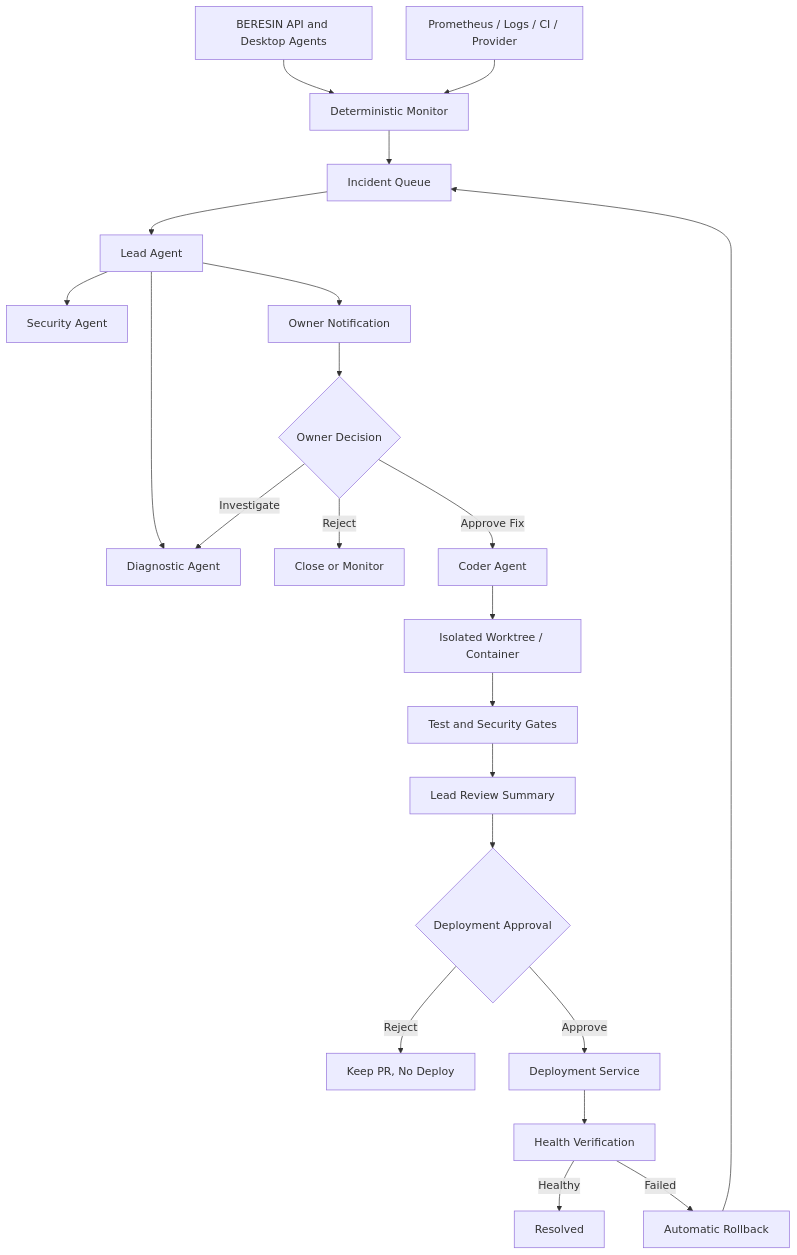
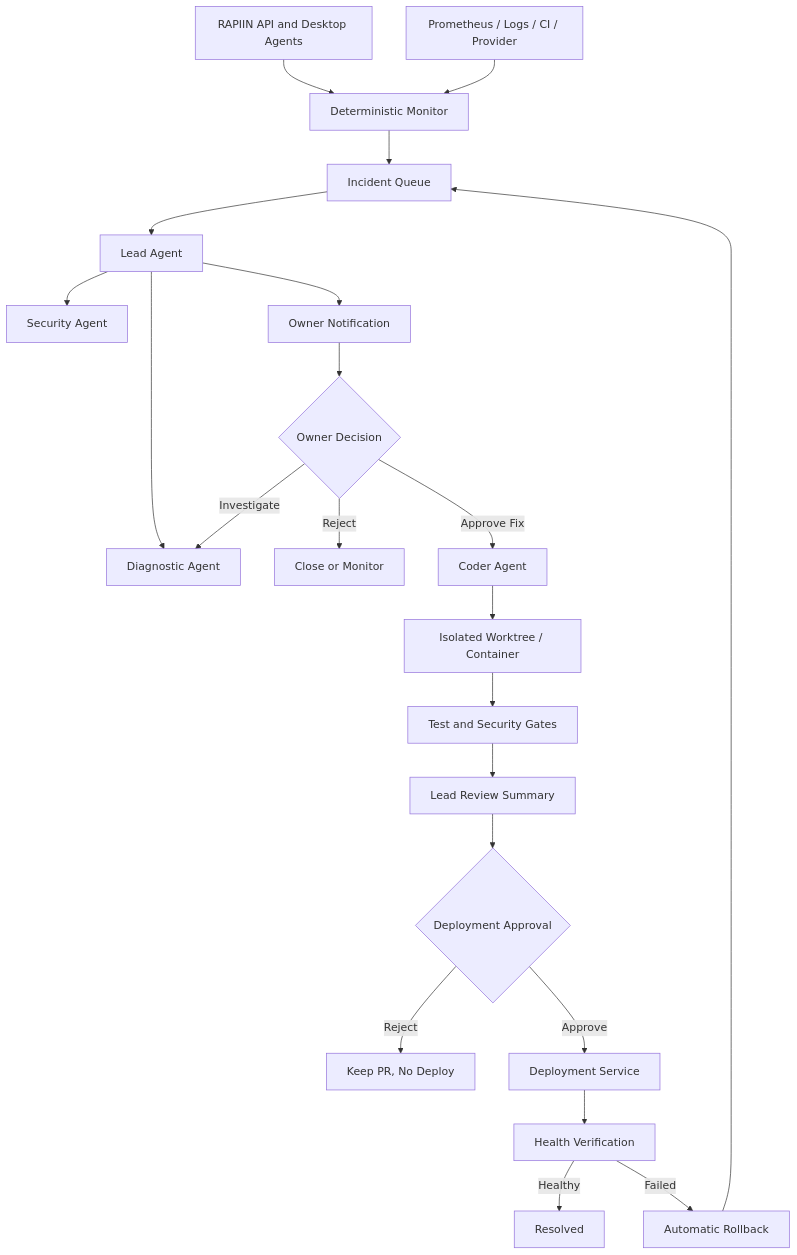
The diagram in docs/AI_OPERATIONS_CENTER_PLAN.md (naf2k/RAPIIN), drawn with Mermaid before and after one commit. The commit also changed other lines of this file and 154 other files, not shown here.

First line of the commit message:
rename BERESIN -> RAPIIN (full, tanpa alias)

````diff
--- a/docs/AI_OPERATIONS_CENTER_PLAN.md
+++ b/docs/AI_OPERATIONS_CENTER_PLAN.md
@@ -81,24 +81,24 @@
 ```mermaid
 flowchart TD
-    B[BERESIN API and Desktop Agents] --> M[Deterministic Monitor]
+    B[RAPIIN API and Desktop Agents] --> M[Deterministic Monitor]
     P[Prometheus / Logs / CI / Provider] --> M
     M --> I[Incident Queue]
     I --> L[Lead Agent]
     L --> D[Diagnostic Agent]
     L --> S[Security Agent]
     L --> O[Owner Notification]
     O --> A{Owner Decision}
     A -->|Reject| X[Close or Monitor]
     A -->|Investigate| D
     A -->|Approve Fix| C[Coder Agent]
     C --> W[Isolated Worktree / Container]
     W --> T[Test and Security Gates]
     T --> R[Lead Review Summary]
     R --> A2{Deployment Approval}
     A2 -->|Reject| X2[Keep PR, No Deploy]
     A2 -->|Approve| DEP[Deployment Service]
     DEP --> V[Health Verification]
     V -->|Healthy| DONE[Resolved]
     V -->|Failed| RB[Automatic Rollback]
     RB --> I
 ```
````
